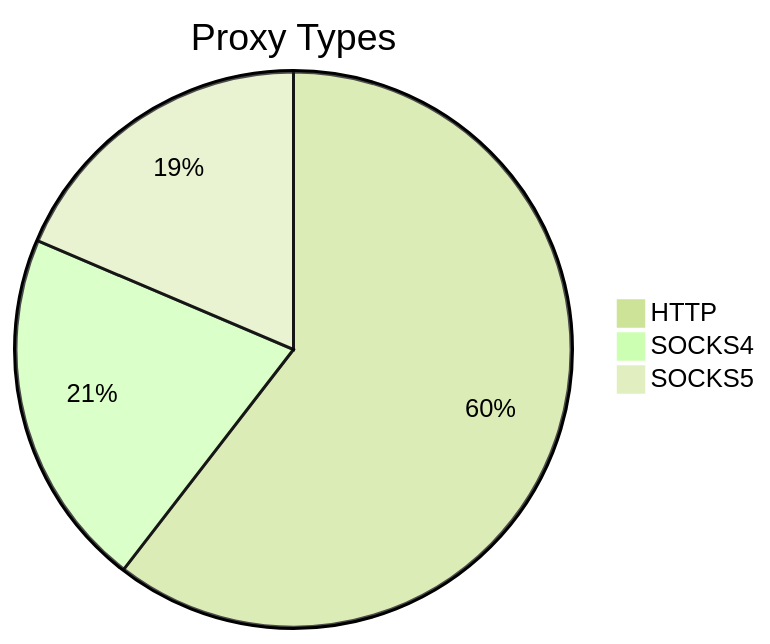
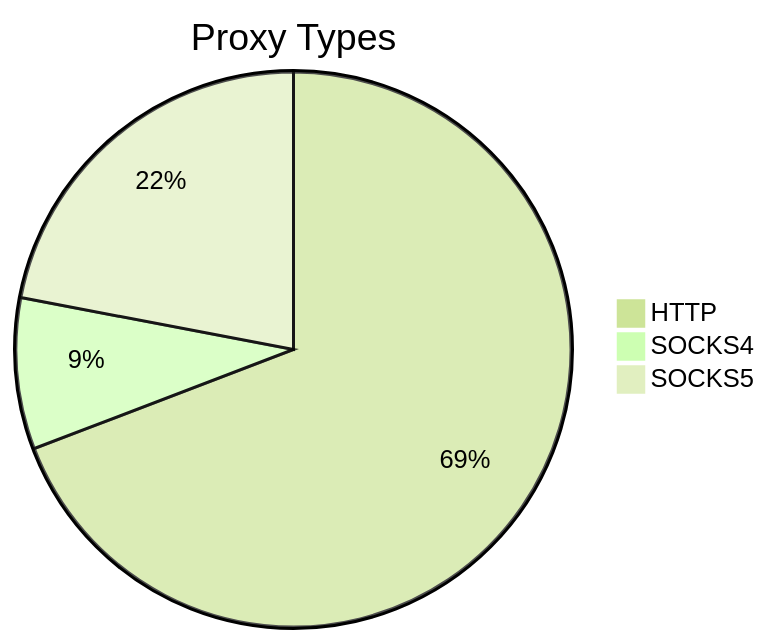
One commit to stormsia/proxy-list changed the first of 2 diagrams in README.md. Above: the diagram before and after it, drawn with Mermaid (forest theme). The commit also changed other lines of this file, not shown here.

````diff
--- a/README.md
+++ b/README.md
@@ -21,6 +21,6 @@
 ```mermaid
 pie title Proxy Types
-    "HTTP" : 208
-    "SOCKS4" : 72
-    "SOCKS5" : 64
+    "HTTP" : 283
+    "SOCKS4" : 36
+    "SOCKS5" : 90
 ```
````
